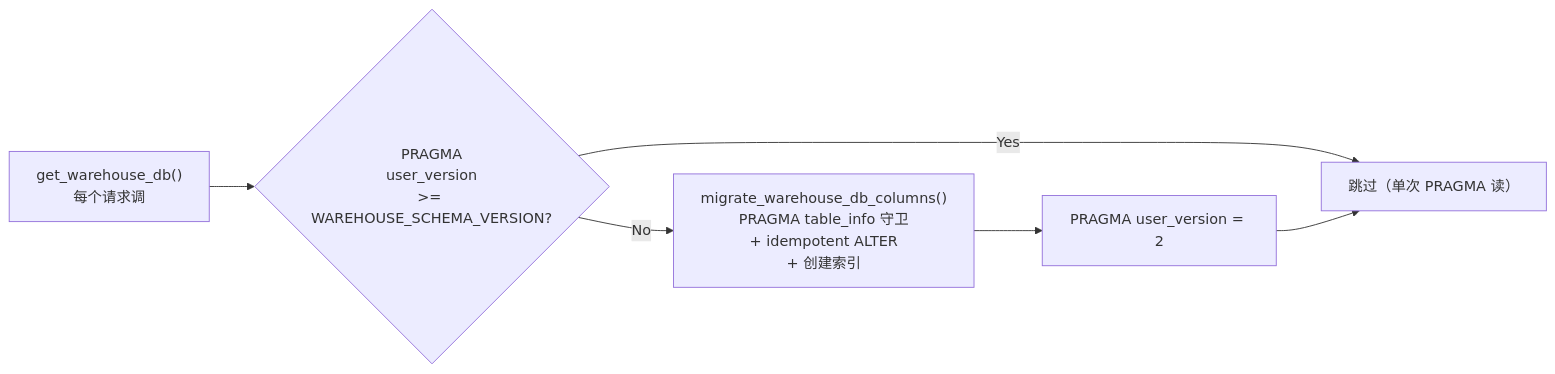
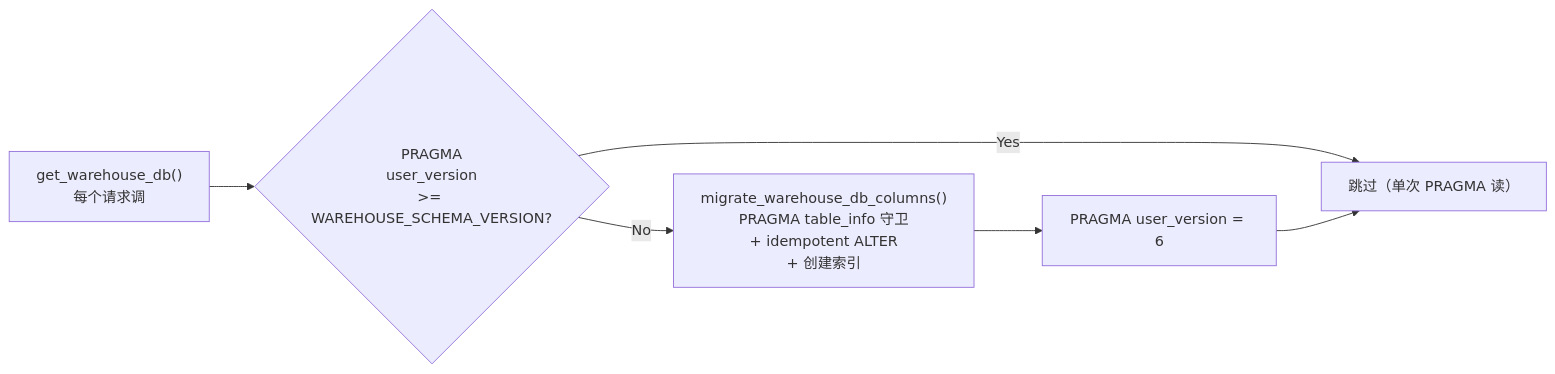
The sixth of 18 diagrams in docs/ARCHITECTURE.md (DUIDUI-Studio/DailyCheck), drawn with Mermaid before and after one commit. The commit also changed other lines of this file and 4 other files, not shown here.

Commit message:
feat(db): 多仓履约 schema 迁移——行级来源/批次仓/op_no 幂等键/item_routing

````diff
--- a/docs/ARCHITECTURE.md
+++ b/docs/ARCHITECTURE.md
@@ -1242,8 +1275,8 @@
 ```mermaid
 flowchart LR
     Start["get_warehouse_db()<br/>每个请求调"] --> ReadVersion{"PRAGMA<br/>user_version<br/>>= WAREHOUSE_SCHEMA_VERSION?"}
     ReadVersion -->|Yes| Skip["跳过（单次 PRAGMA 读）"]
     ReadVersion -->|No| Migrate["migrate_warehouse_db_columns()<br/>PRAGMA table_info 守卫<br/>+ idempotent ALTER<br/>+ 创建索引"]
-    Migrate --> Stamp["PRAGMA user_version = 2"]
+    Migrate --> Stamp["PRAGMA user_version = 6"]
     Stamp --> Skip
 ```
````
